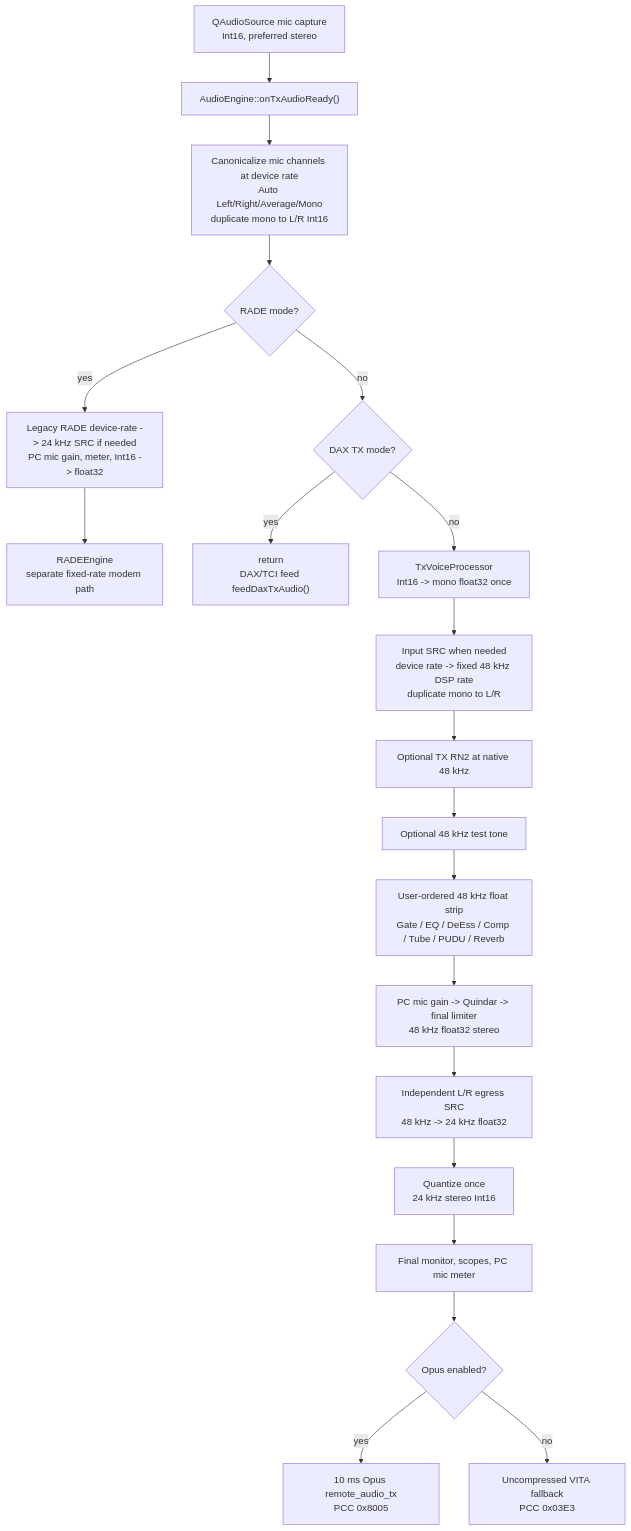
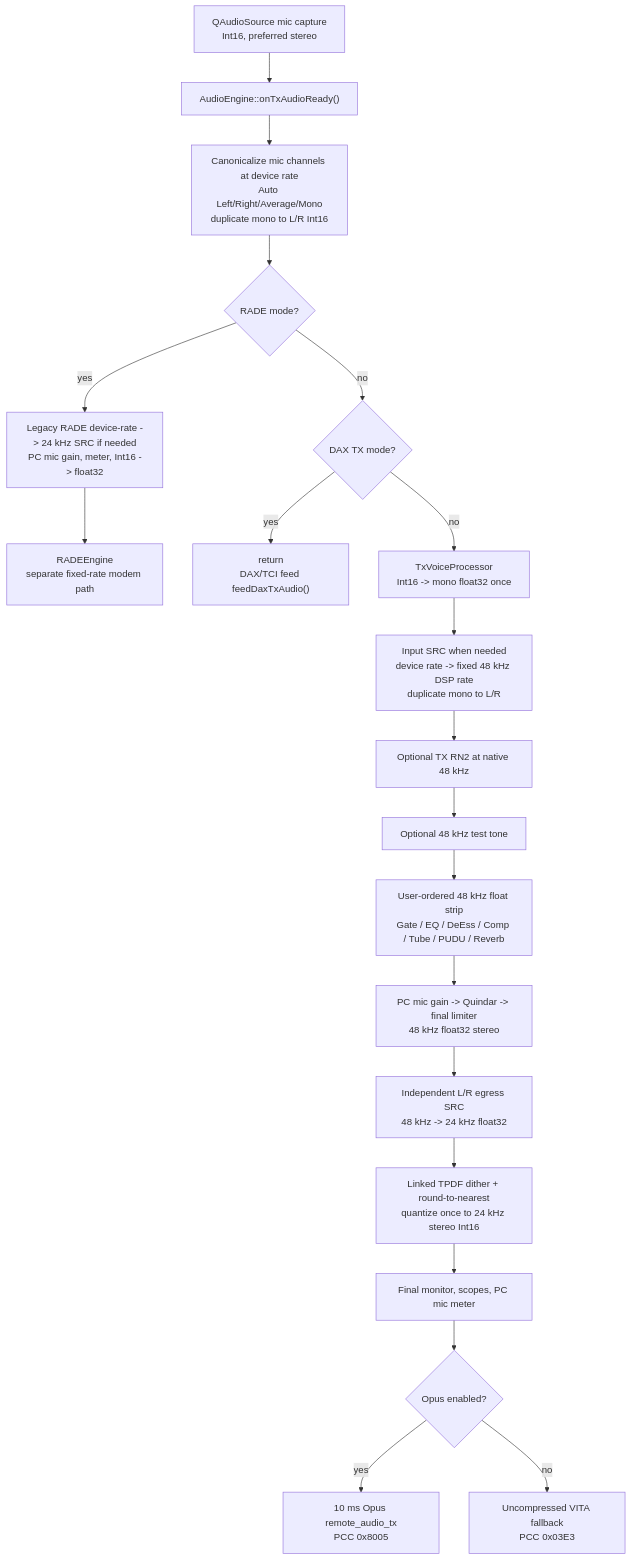
The second of 4 diagrams in docs/architecture/audio-pipeline.md (Ozy311/AetherSDR), drawn with Mermaid before and after one commit. The commit also changed other lines of this file, not shown here.

Commit message:
Update Audio Pipeline Architecture Documentation with Dither Information

````diff
--- a/docs/architecture/audio-pipeline.md
+++ b/docs/architecture/audio-pipeline.md
@@ -290,22 +290,22 @@
 ```mermaid
 flowchart TD
     A["QAudioSource mic capture<br/>Int16, preferred stereo"] --> B["AudioEngine::onTxAudioReady()"]
     B --> C["Canonicalize mic channels at device rate<br/>Auto Left/Right/Average/Mono<br/>duplicate mono to L/R Int16"]
     C --> D{"RADE mode?"}
     D -->|yes| E["Legacy RADE device-rate -> 24 kHz SRC if needed<br/>PC mic gain, meter, Int16 -> float32"]
     E --> F["RADEEngine<br/>separate fixed-rate modem path"]
     D -->|no| G{"DAX TX mode?"}
     G -->|yes| H["return<br/>DAX/TCI feed feedDaxTxAudio()"]
     G -->|no| I["TxVoiceProcessor<br/>Int16 -> mono float32 once"]
     I --> J["Input SRC when needed<br/>device rate -> fixed 48 kHz DSP rate<br/>duplicate mono to L/R"]
     J --> K["Optional TX RN2 at native 48 kHz"]
     K --> L["Optional 48 kHz test tone"]
     L --> M["User-ordered 48 kHz float strip<br/>Gate / EQ / DeEss / Comp / Tube / PUDU / Reverb"]
     M --> N["PC mic gain -> Quindar -> final limiter<br/>48 kHz float32 stereo"]
     N --> O["Independent L/R egress SRC<br/>48 kHz -> 24 kHz float32"]
-    O --> P["Quantize once<br/>24 kHz stereo Int16"]
+    O --> P["Linked TPDF dither + round-to-nearest<br/>quantize once to 24 kHz stereo Int16"]
     P --> Q["Final monitor, scopes, PC mic meter"]
     Q --> R{"Opus enabled?"}
     R -->|yes| S["10 ms Opus remote_audio_tx<br/>PCC 0x8005"]
     R -->|no| T["Uncompressed VITA fallback<br/>PCC 0x03E3"]
 ```
````
